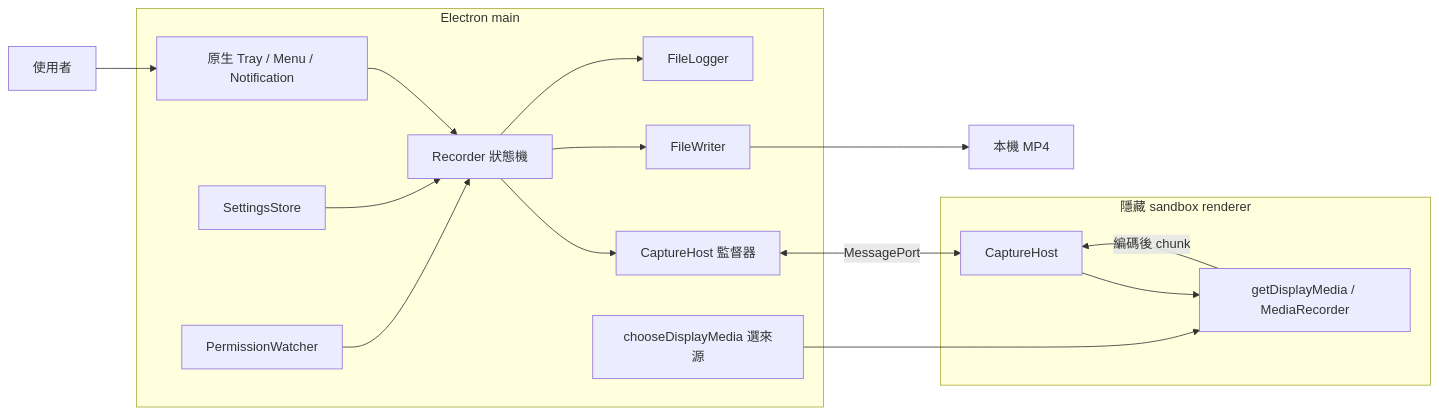
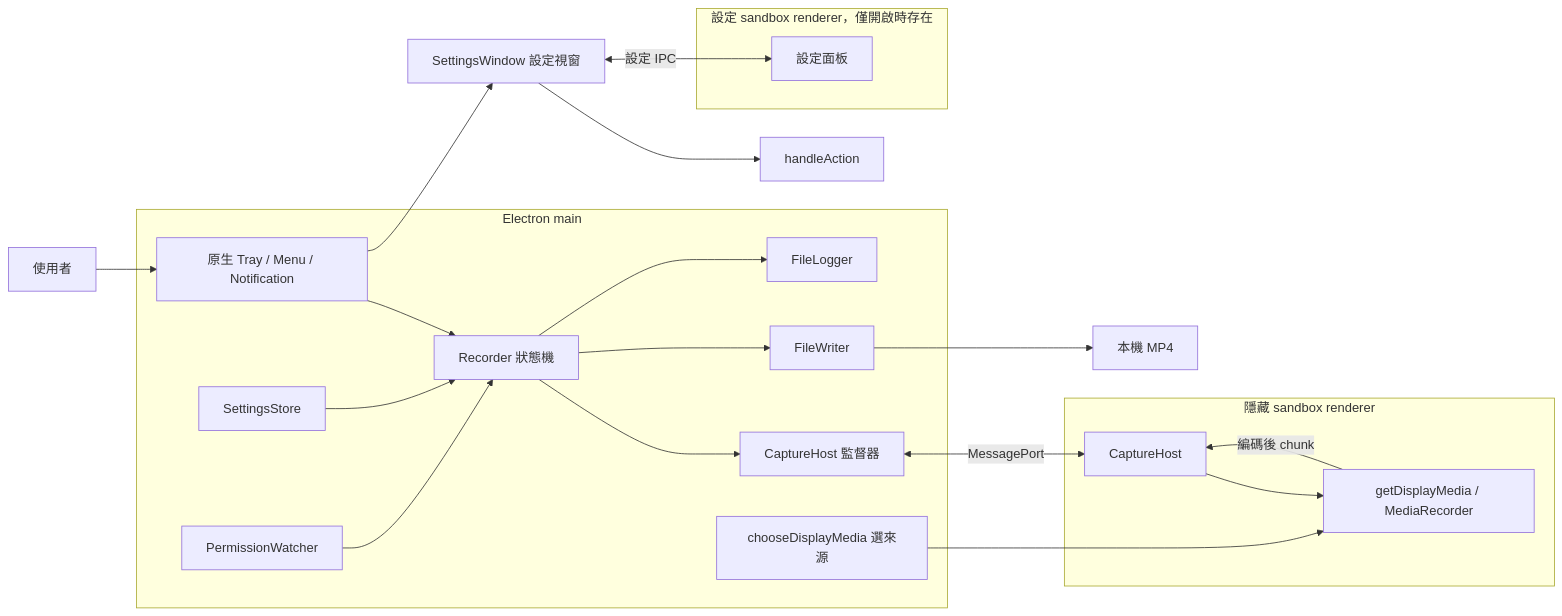
Before and after one commit to EricTsai83/recordstuff: the diagram in docs/zh-TW/system-design/architecture.md, drawn with Mermaid. The commit also changed other lines of this file and 9 other files, not shown here.

````diff
--- a/docs/zh-TW/system-design/architecture.md
+++ b/docs/zh-TW/system-design/architecture.md
@@ -11,20 +11,26 @@
 ```mermaid
 flowchart LR
     User[使用者] --> Tray[原生 Tray / Menu / Notification]
     subgraph Main[Electron main]
       Tray --> Recorder[Recorder 狀態機]
       Settings[SettingsStore] --> Recorder
       Permission[PermissionWatcher] --> Recorder
       Recorder --> Supervisor[CaptureHost 監督器]
       Recorder --> Writer[FileWriter]
       Recorder --> Log[FileLogger]
       Select[chooseDisplayMedia 選來源]
     end
+    Tray --> Panel[SettingsWindow 設定視窗]
+    Panel --> Action[handleAction]
     Supervisor <-->|MessagePort| Host
     subgraph Renderer[隱藏 sandbox renderer]
       Host[CaptureHost] --> Media[getDisplayMedia / MediaRecorder]
     end
+    subgraph PanelRenderer[設定 sandbox renderer，僅開啟時存在]
+      Page[設定面板]
+    end
+    Panel <-->|設定 IPC| Page
     Select --> Media
     Media -->|編碼後 chunk| Host
     Writer --> Disk[本機 MP4]
 ```
````
